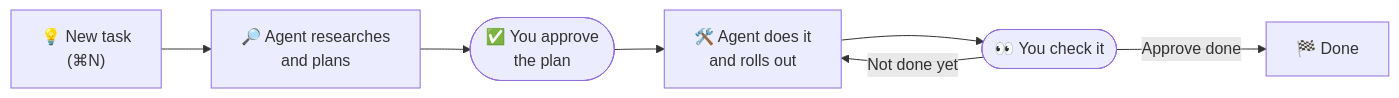
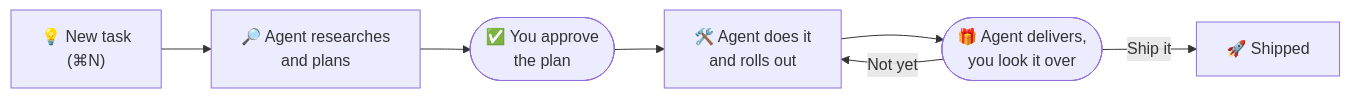
One commit to pgeske/relay changed the second of 2 diagrams in README.md. Above: the diagram before and after it, drawn with Mermaid. The commit also changed other lines of this file and 13 other files, not shown here.

First line of the commit message:
Turn Check it into Ready to ship, with a Ship It button that celebrates

````diff
--- a/README.md
+++ b/README.md
@@ -60,9 +60,9 @@
 ```mermaid
 flowchart LR
   idea["💡 New task<br/>(⌘N)"] --> work["🔎 Agent researches<br/>and plans"]
   work --> plan(["✅ You approve<br/>the plan"])
   plan --> doing["🛠️ Agent does it<br/>and rolls out"]
-  doing --> check(["👀 You check it"])
-  check -- "Not done yet" --> doing
-  check -- "Approve done" --> done["🏁 Done"]
+  doing --> ship(["🎁 Agent delivers,<br/>you look it over"])
+  ship -- "Not yet" --> doing
+  ship -- "Ship it" --> done["🚀 Shipped"]
 ```
````
